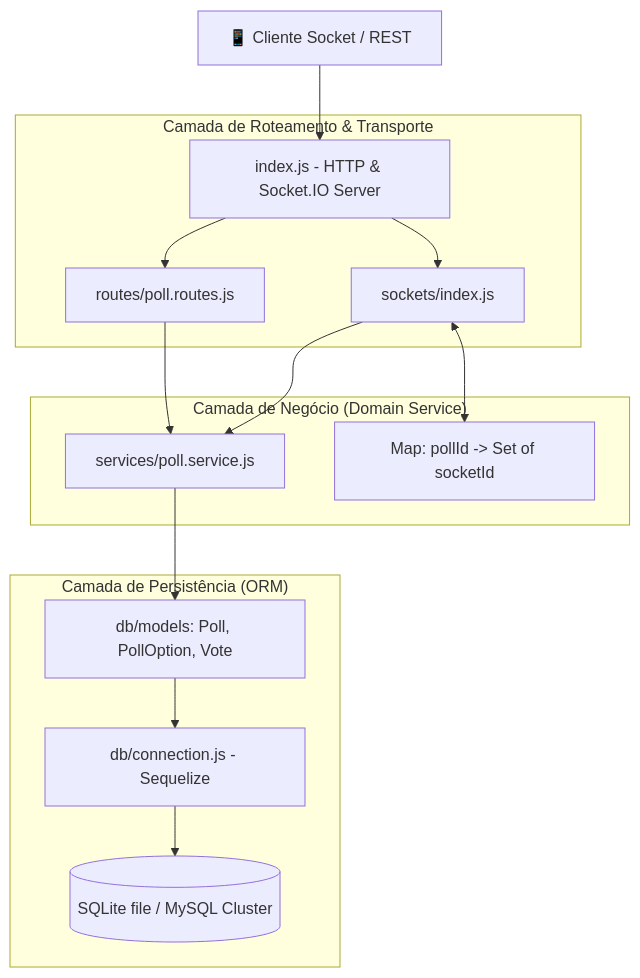
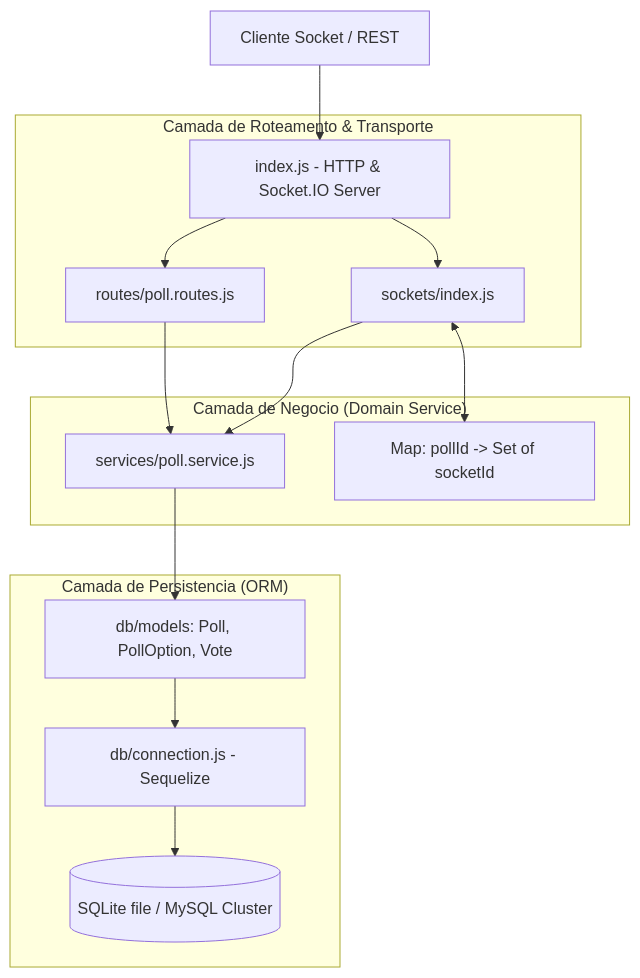
Before and after one commit to mozstream01-gif/Real-Time-Poll: the first of 2 diagrams in realtime-poll-full/backend/README.md, drawn with Mermaid. The commit also changed other lines of this file and 8 other files, not shown here.

````diff
--- a/realtime-poll-full/backend/README.md
+++ b/realtime-poll-full/backend/README.md
@@ -32,21 +32,21 @@
 ```mermaid
 graph TD
-    Client[📱 Cliente Socket / REST] --> Entry[index.js - HTTP & Socket.IO Server]
+    Client[Cliente Socket / REST] --> Entry[index.js - HTTP & Socket.IO Server]
     
     subgraph "Camada de Roteamento & Transporte"
         Entry --> RestRouter[routes/poll.routes.js]
         Entry --> SocketHandler[sockets/index.js]
     end
 
-    subgraph "Camada de Negócio (Domain Service)"
+    subgraph "Camada de Negocio (Domain Service)"
         RestRouter --> PollService[services/poll.service.js]
         SocketHandler --> PollService
         SocketHandler <--> PresenceMap[Map: pollId -> Set of socketId]
     end
 
-    subgraph "Camada de Persistência (ORM)"
+    subgraph "Camada de Persistencia (ORM)"
         PollService --> Models[db/models: Poll, PollOption, Vote]
         Models --> Connection[db/connection.js - Sequelize]
         Connection --> Storage[(SQLite file / MySQL Cluster)]
     end
 ```
````
